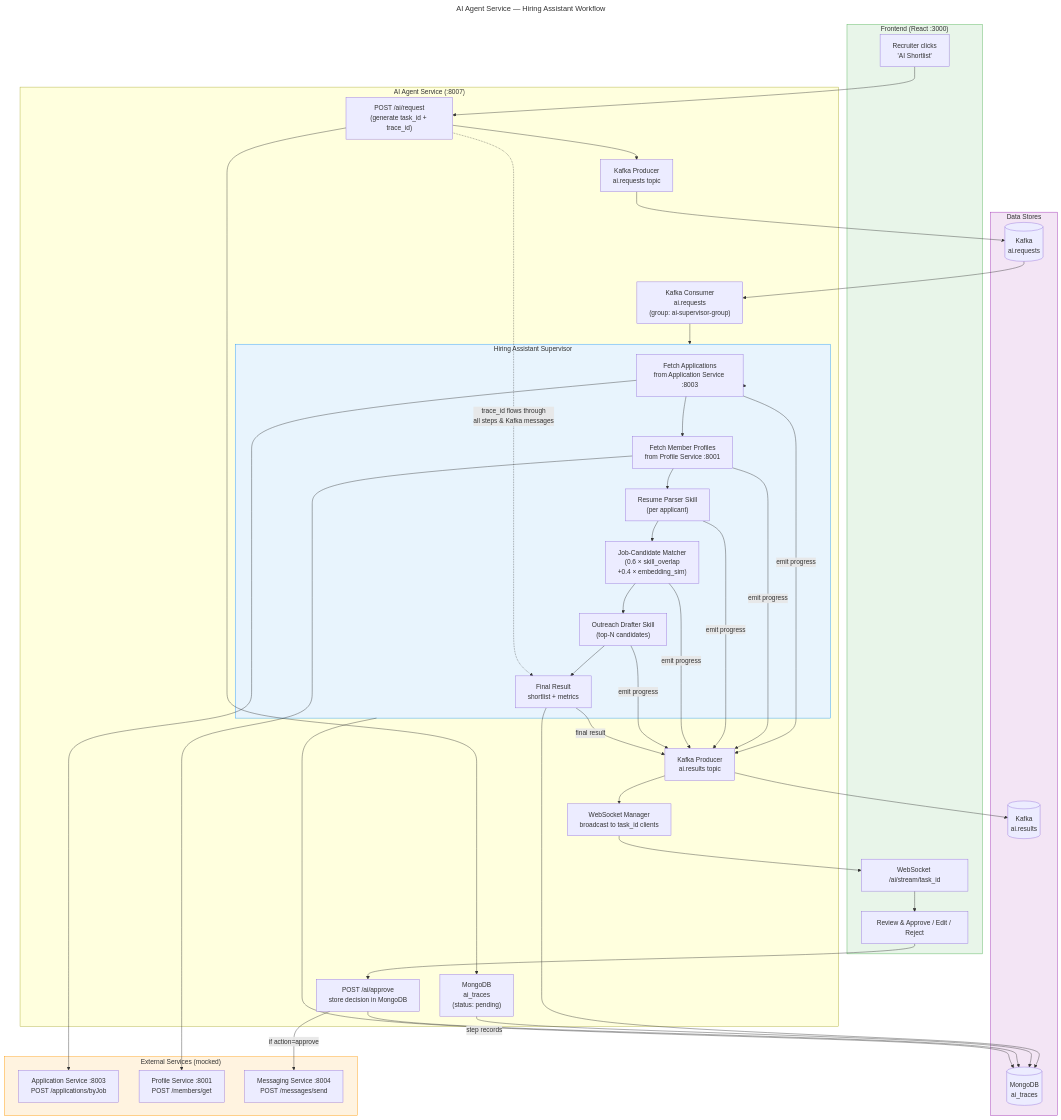
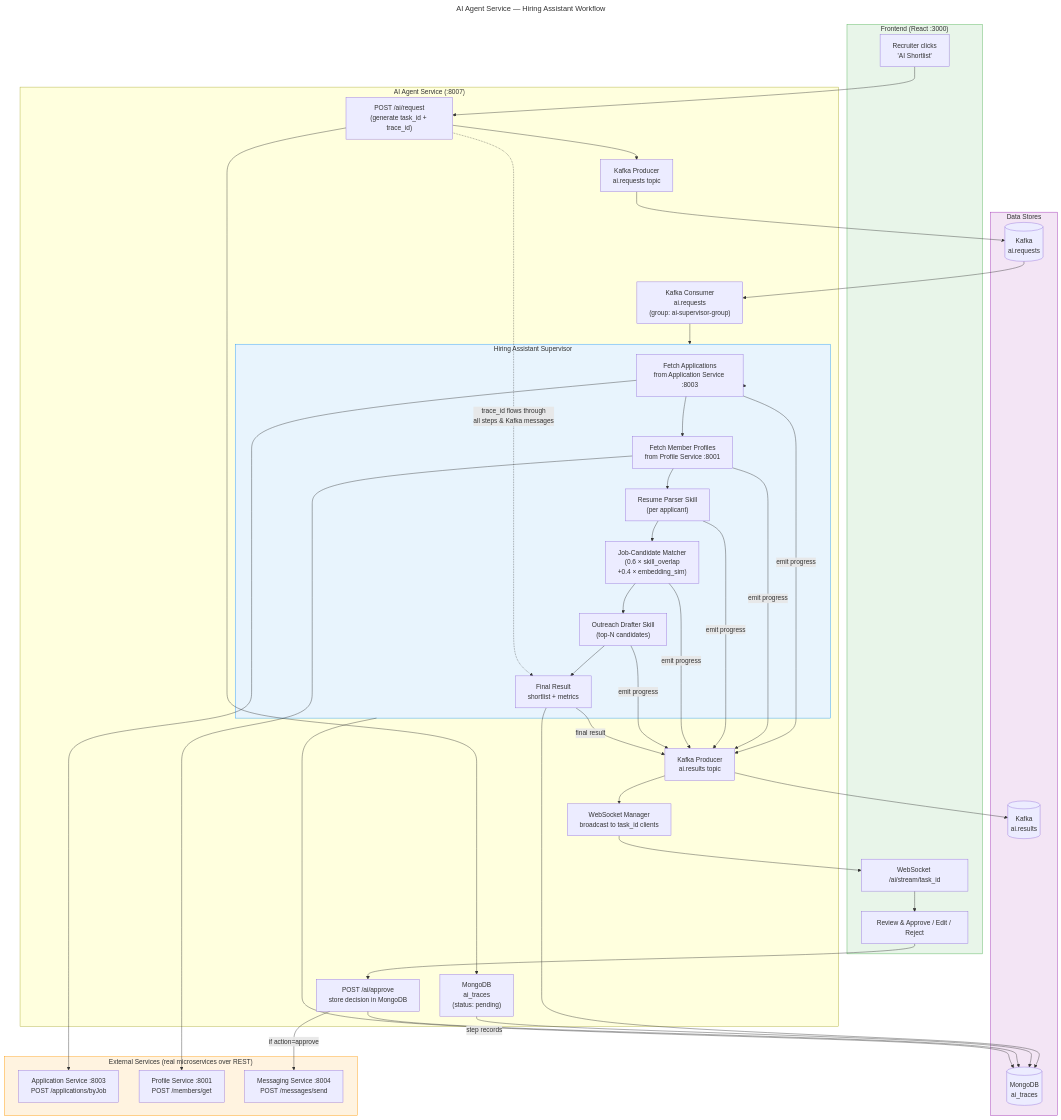
One commit to ayushgawai/linkedin-project changed the diagram in docs/ai-agent-workflow.mermaid. Above: the diagram before and after it, drawn with Mermaid. The commit also changed 3 other files, not shown here.

```diff
--- a/docs/ai-agent-workflow.mermaid
+++ b/docs/ai-agent-workflow.mermaid
@@ -1,92 +1,92 @@
 ---
 title: AI Agent Service — Hiring Assistant Workflow
 ---
 flowchart TD
     subgraph Frontend["Frontend (React :3000)"]
         F1[Recruiter clicks\n'AI Shortlist']
         F2[WebSocket /ai/stream/task_id]
         F3[Review & Approve / Edit / Reject]
     end
 
     subgraph AIService["AI Agent Service (:8007)"]
         A1["POST /ai/request\n(generate task_id + trace_id)"]
         A2["MongoDB\nai_traces\n(status: pending)"]
         A3["Kafka Producer\nai.requests topic"]
 
         subgraph Supervisor["Hiring Assistant Supervisor"]
             S1["Fetch Applications\nfrom Application Service :8003"]
             S2["Fetch Member Profiles\nfrom Profile Service :8001"]
             S3["Resume Parser Skill\n(per applicant)"]
             S4["Job-Candidate Matcher\n(0.6 × skill_overlap\n+0.4 × embedding_sim)"]
             S5["Outreach Drafter Skill\n(top-N candidates)"]
             S6["Final Result\nshortlist + metrics"]
         end
 
         A4["Kafka Consumer\nai.requests\n(group: ai-supervisor-group)"]
         A5["Kafka Producer\nai.results topic"]
         A6["WebSocket Manager\nbroadcast to task_id clients"]
         A7["POST /ai/approve\nstore decision in MongoDB"]
     end
 
-    subgraph ExternalServices["External Services (mocked)"]
+    subgraph ExternalServices["External Services (real microservices over REST)"]
         E1[Application Service :8003\nPOST /applications/byJob]
         E2[Profile Service :8001\nPOST /members/get]
         E3[Messaging Service :8004\nPOST /messages/send]
     end
 
     subgraph DataStores["Data Stores"]
         DB1[(MongoDB\nai_traces)]
         DB2[(Kafka\nai.requests)]
         DB3[(Kafka\nai.results)]
     end
 
     %% Request flow
     F1 --> A1
     A1 --> A2
     A1 --> A3
     A3 --> DB2
     DB2 --> A4
     A4 --> Supervisor
 
     %% Supervisor orchestration
     Supervisor --> S1
     S1 --> E1
     S1 --> S2
     S2 --> E2
     S2 --> S3
     S3 --> S4
     S4 --> S5
     S5 --> S6
 
     %% Progress emission (after each step)
     S1 -- "emit progress" --> A5
     S2 -- "emit progress" --> A5
     S3 -- "emit progress" --> A5
     S4 -- "emit progress" --> A5
     S5 -- "emit progress" --> A5
     S6 -- "final result" --> A5
 
     A5 --> DB3
     A5 --> A6
     A6 --> F2
     S6 --> DB1
 
     %% MongoDB writes
     A2 --> DB1
     Supervisor -- "step records" --> DB1
 
     %% Approval
     F2 --> F3
     F3 --> A7
     A7 --> DB1
 
     %% Outreach (after approve)
     A7 -- "if action=approve" --> E3
 
     %% trace_id propagation
     A1 -. "trace_id flows through\nall steps & Kafka messages" .-> S6
 
     style Supervisor fill:#e8f4fd,stroke:#2196F3
     style ExternalServices fill:#fff3e0,stroke:#FF9800
     style DataStores fill:#f3e5f5,stroke:#9C27B0
     style Frontend fill:#e8f5e9,stroke:#4CAF50
```
